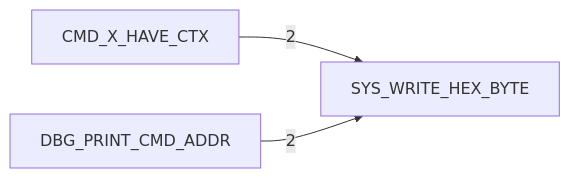
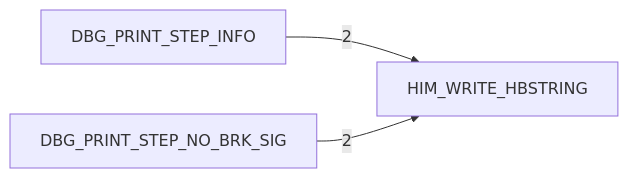
Before and after one commit to 95westus/R-YORS: the fifth of 6 diagrams in DOC/GENERATED/HIMON_ROUTINE_TREE.md, drawn with Mermaid. The commit also changed other lines of this file and 29 other files, not shown here.

````diff
--- a/DOC/GENERATED/HIMON_ROUTINE_TREE.md
+++ b/DOC/GENERATED/HIMON_ROUTINE_TREE.md
@@ -80,5 +80,5 @@
 ```mermaid
 flowchart LR
-    N_CMD_X_HAVE_CTX[CMD_X_HAVE_CTX] -->|2| N_SYS_WRITE_HEX_BYTE[SYS_WRITE_HEX_BYTE]
-    N_DBG_PRINT_CMD_ADDR[DBG_PRINT_CMD_ADDR] -->|2| N_SYS_WRITE_HEX_BYTE[SYS_WRITE_HEX_BYTE]
+    N_DBG_PRINT_STEP_INFO[DBG_PRINT_STEP_INFO] -->|2| N_HIM_WRITE_HBSTRING[HIM_WRITE_HBSTRING]
+    N_DBG_PRINT_STEP_NO_BRK_SIG[DBG_PRINT_STEP_NO_BRK_SIG] -->|2| N_HIM_WRITE_HBSTRING[HIM_WRITE_HBSTRING]
 ```
````
